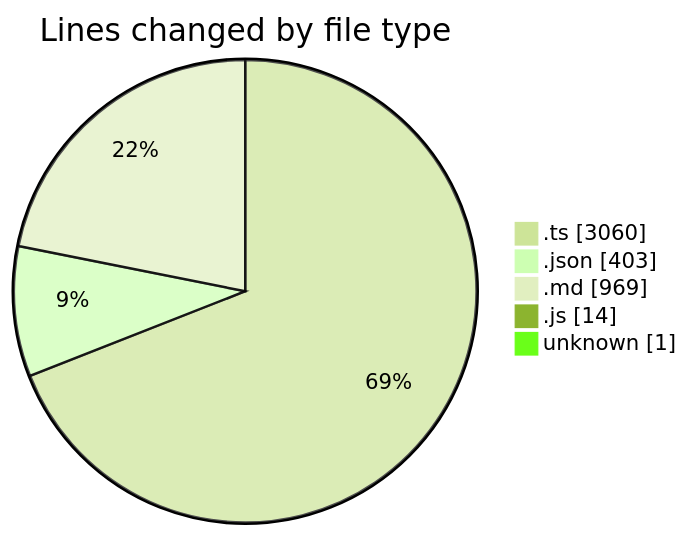
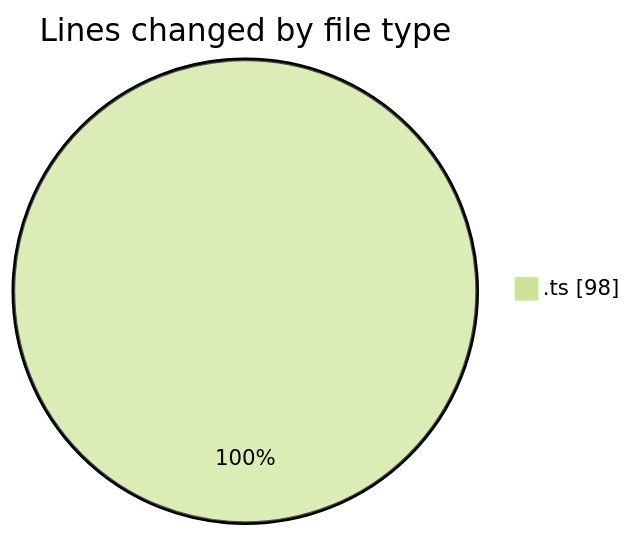
Before and after one commit to ernivani/code-tracking: the first of 2 diagrams in 2025-01-03/my-code-activity-ext/README.md, drawn with Mermaid (forest theme). The commit also changed other lines of this file and 35 other files, not shown here.

````diff
--- a/2025-01-03/my-code-activity-ext/README.md
+++ b/2025-01-03/my-code-activity-ext/README.md
@@ -35,9 +20,5 @@
 ```mermaid
 pie showData
 title Lines changed by file type
-".ts" : 3060
-".json" : 403
-".md" : 969
-".js" : 14
-"unknown" : 1
+".ts" : 98
 ```
````
